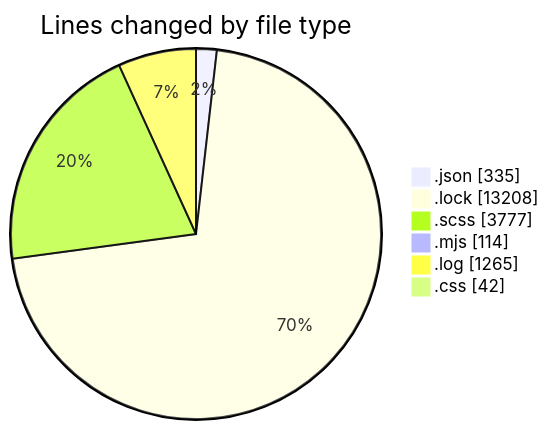
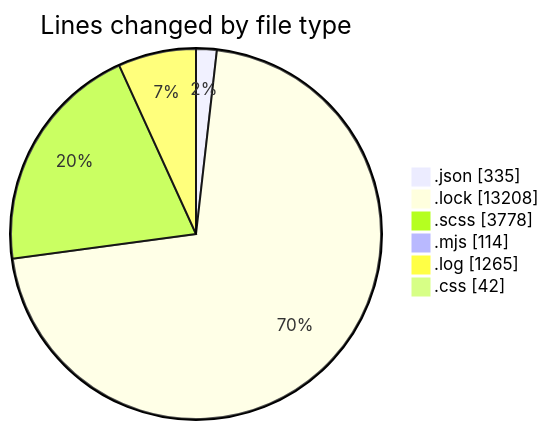
The first of 2 diagrams in 2026-01-26/cda/README.md (momahboobian/code-tracking), drawn with Mermaid before and after one commit. The commit also changed other lines of this file and 1 other file, not shown here.

````diff
--- a/2026-01-26/cda/README.md
+++ b/2026-01-26/cda/README.md
@@ -32,10 +32,10 @@
 ```mermaid
 pie showData
 title Lines changed by file type
 ".json" : 335
 ".lock" : 13208
-".scss" : 3777
+".scss" : 3778
 ".mjs" : 114
 ".log" : 1265
 ".css" : 42
 ```
````
